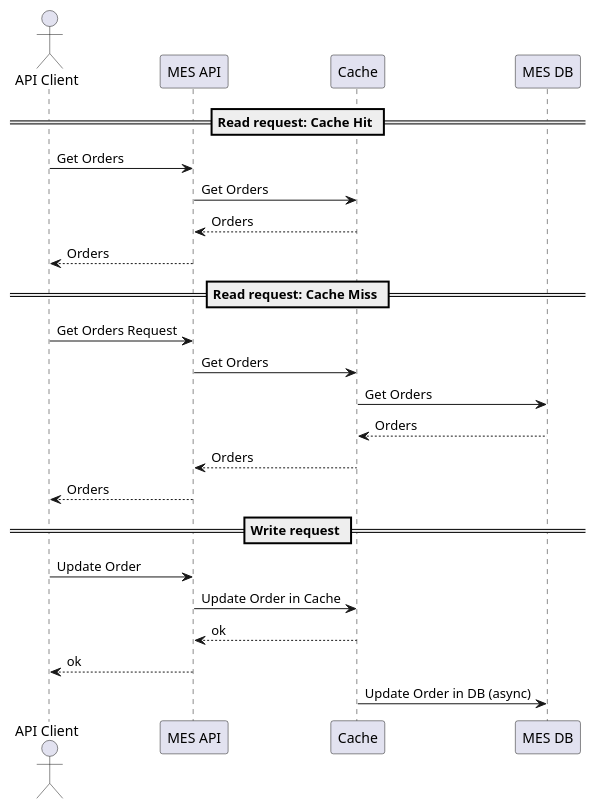
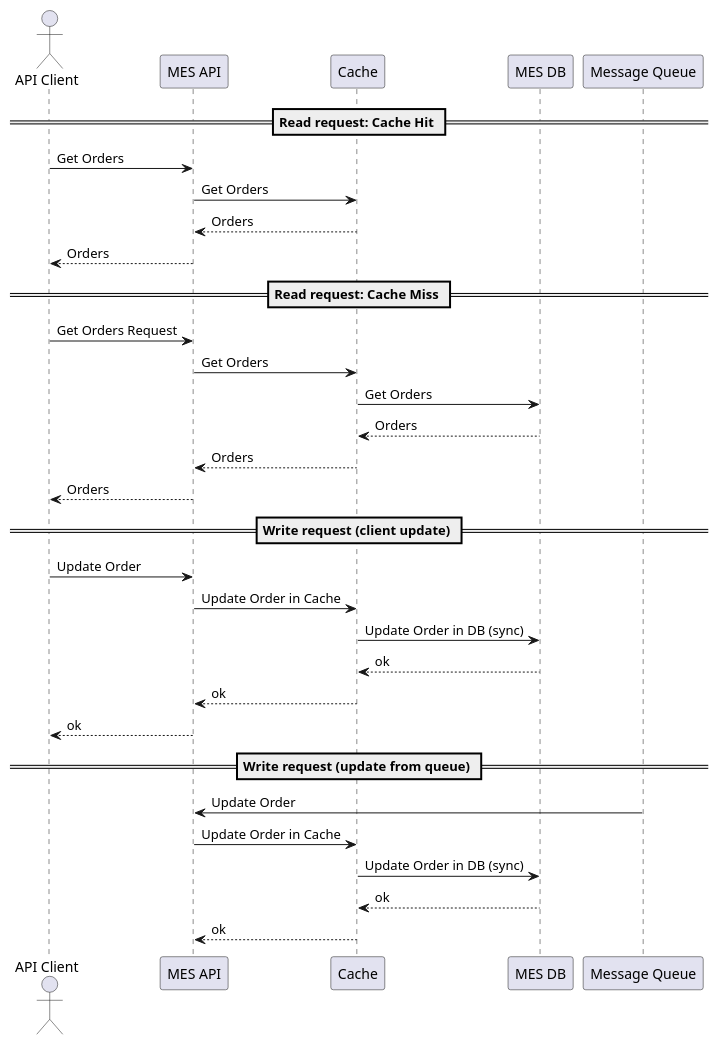
Before and after one commit to Natalia588/architecture-sprint-4: the diagram in Exc5/Caching.md, drawn with PlantUML. The commit also changed other lines of this file and 1 other file, not shown here.

Commit message:
Fix review comments

````diff
--- a/Exc5/Caching.md
+++ b/Exc5/Caching.md
@@ -31,36 +26,45 @@
 ```puml
 @startuml
 'https://plantuml.com/sequence-diagram
 
 
 actor "API Client" as client
 participant "MES API" as api
 participant Cache as cache
 participant "MES DB" as db
+participant "Message Queue" as queue
 
 == Read request: Cache Hit ==
 client -> api: Get Orders
 api -> cache: Get Orders
 cache --> api: Orders
 api --> client: Orders
 
 == Read request: Cache Miss ==
 
 client -> api: Get Orders Request
 api -> cache: Get Orders
 cache -> db: Get Orders
 db --> cache: Orders
 cache --> api: Orders
 api --> client: Orders
 
-== Write request ==
+== Write request (client update) ==
 
 client -> api: Update Order
 api -> cache: Update Order in Cache
+cache -> db: Update Order in DB (sync)
+db --> cache: ok
 cache --> api: ok
 api --> client: ok
-cache -> db: Update Order in DB (async)
 
+== Write request (update from queue) ==
+
+queue -> api: Update Order
+api -> cache: Update Order in Cache
+cache -> db: Update Order in DB (sync)
+db --> cache: ok
+cache --> api: ok
 
 @enduml
 ```
````
